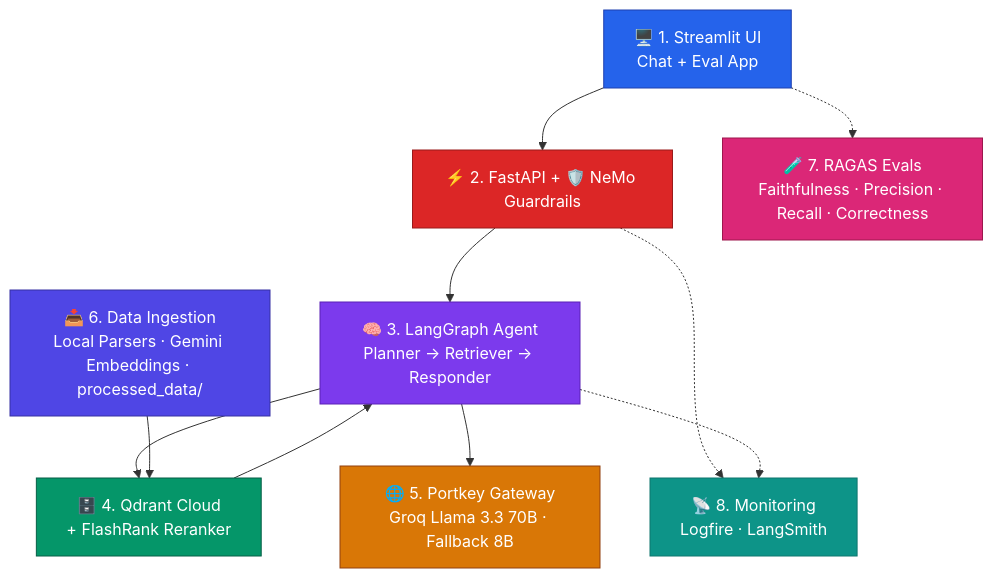
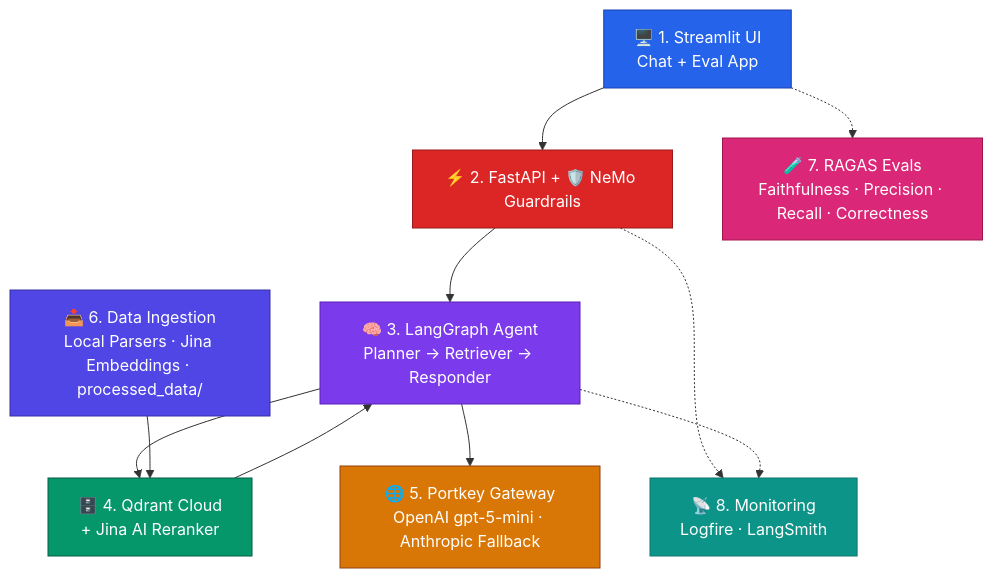
Before and after one commit to 101Vaibhav04/KubeLens: the third of 3 diagrams in ARCHITECTURE.md, drawn with Mermaid. The commit also changed other lines of this file and 18 other files, not shown here.

Commit message:
feat: adopt Jina embeddings/reranker, OpenAI guardrails/LLM, and Portkey gateway targets

````diff
--- a/ARCHITECTURE.md
+++ b/ARCHITECTURE.md
@@ -235,37 +235,37 @@
 ```mermaid
 graph TB
     A["🖥️ 1. Streamlit UI\nChat + Eval App"]
     B["⚡ 2. FastAPI + 🛡️ NeMo Guardrails"]
     C["🧠 3. LangGraph Agent\nPlanner → Retriever → Responder"]
-    D["🗄️ 4. Qdrant Cloud\n+ FlashRank Reranker"]
-    E["🌐 5. Portkey Gateway\nGroq Llama 3.3 70B · Fallback 8B"]
-    F["📥 6. Data Ingestion\nLocal Parsers · Gemini Embeddings · processed_data/"]
+    D["🗄️ 4. Qdrant Cloud\n+ Jina AI Reranker"]
+    E["🌐 5. Portkey Gateway\nOpenAI gpt-5-mini · Anthropic Fallback"]
+    F["📥 6. Data Ingestion\nLocal Parsers · Jina Embeddings · processed_data/"]
     G["🧪 7. RAGAS Evals\nFaithfulness · Precision · Recall · Correctness"]
     H["📡 8. Monitoring\nLogfire · LangSmith"]
 
     A --> B --> C
     C --> D --> C
     C --> E
     F --> D
     A -.-> G
     B -.-> H
     C -.-> H
 
     classDef ui      fill:#2563EB,stroke:#1E40AF,color:#fff
     classDef safety  fill:#DC2626,stroke:#991B1B,color:#fff
     classDef agent   fill:#7C3AED,stroke:#5B21B6,color:#fff
     classDef db      fill:#059669,stroke:#065F46,color:#fff
     classDef llm     fill:#D97706,stroke:#92400E,color:#fff
     classDef ingest  fill:#4F46E5,stroke:#3730A3,color:#fff
     classDef evals   fill:#DB2777,stroke:#9D174D,color:#fff
     classDef obs     fill:#0D9488,stroke:#0F766E,color:#fff
 
     class A ui
     class B safety
     class C agent
     class D db
     class E llm
     class F ingest
     class G evals
     class H obs
 ```
````
